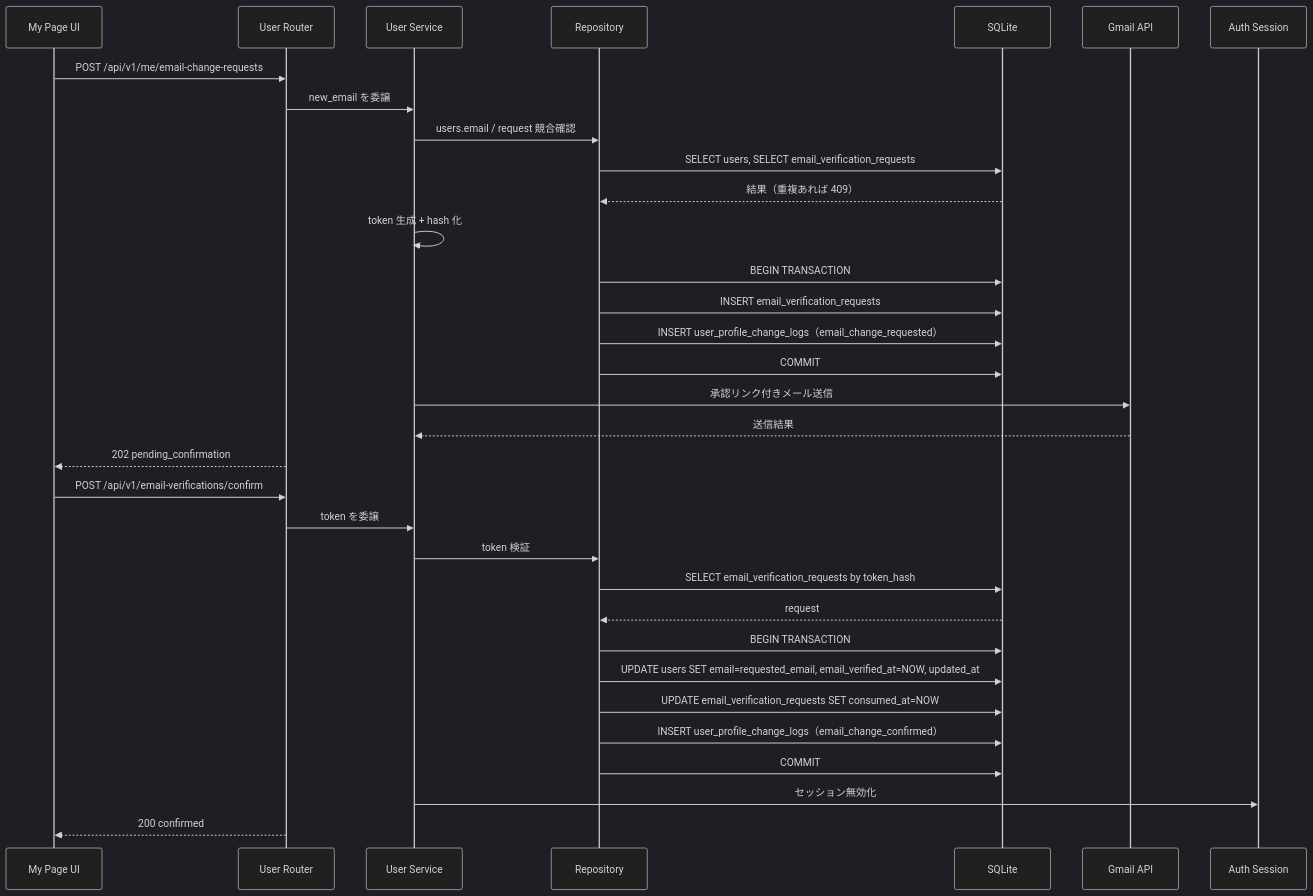
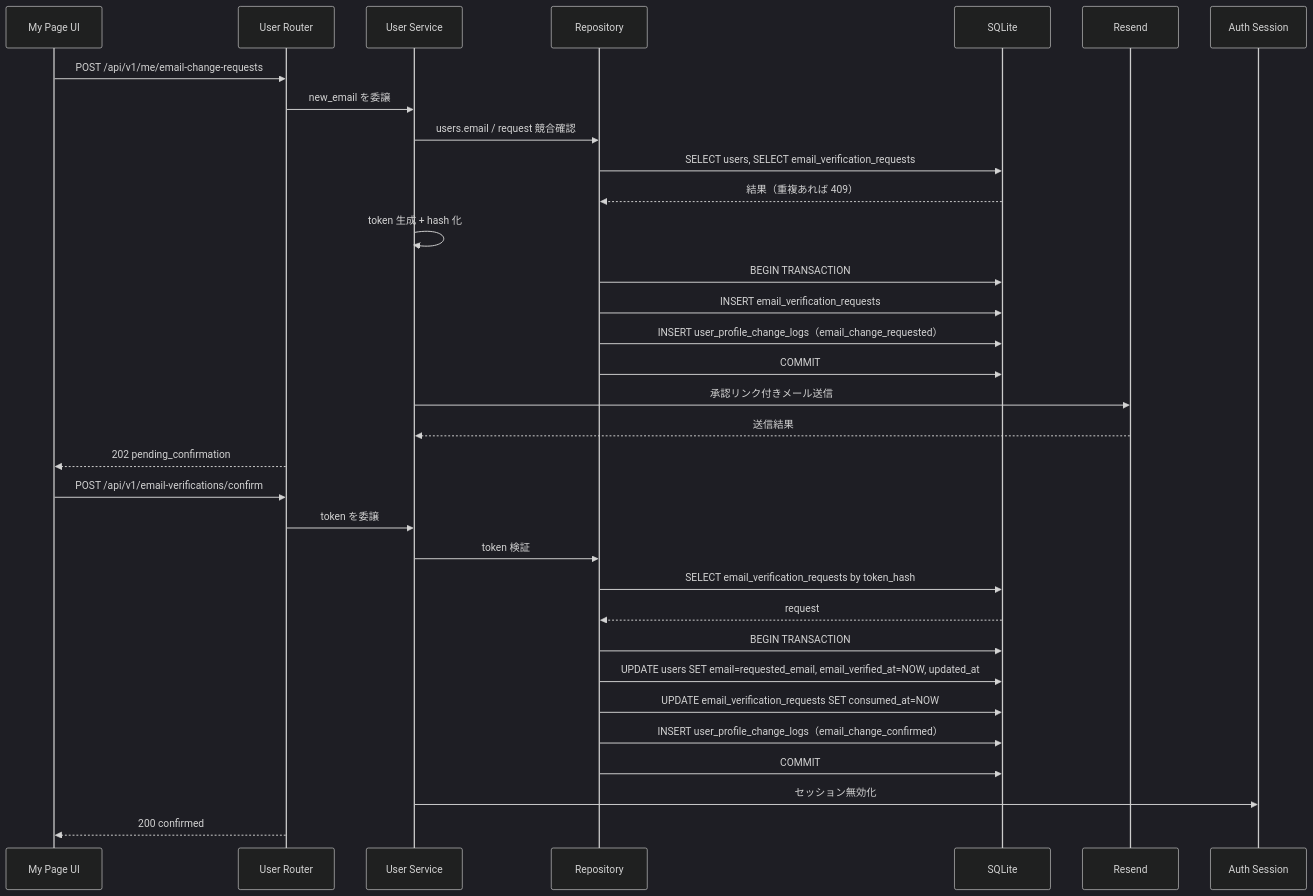
One commit to tukumanalab/kint changed the third of 5 diagrams in docs/database-design.md. Above: the diagram before and after it, drawn with Mermaid (dark theme). The commit also changed other lines of this file and 23 other files, not shown here.

First line of the commit message:
feat: メール送信を Gmail API から Resend に切り替え

````diff
--- a/docs/database-design.md
+++ b/docs/database-design.md
@@ -505,37 +505,37 @@
 ```mermaid
 sequenceDiagram
   participant UI as My Page UI
   participant Rt as User Router
   participant Sv as User Service
   participant Rp as Repository
   participant Db as SQLite
-  participant Gm as Gmail API
+  participant Gm as Resend
   participant Au as Auth Session
 
   UI->>Rt: POST /api/v1/me/email-change-requests
   Rt->>Sv: new_email を委譲
   Sv->>Rp: users.email / request 競合確認
   Rp->>Db: SELECT users, SELECT email_verification_requests
   Db-->>Rp: 結果（重複あれば 409）
   Sv->>Sv: token 生成 + hash 化
   Rp->>Db: BEGIN TRANSACTION
   Rp->>Db: INSERT email_verification_requests
   Rp->>Db: INSERT user_profile_change_logs（email_change_requested）
   Rp->>Db: COMMIT
   Sv->>Gm: 承認リンク付きメール送信
   Gm-->>Sv: 送信結果
   Rt-->>UI: 202 pending_confirmation
 
   UI->>Rt: POST /api/v1/email-verifications/confirm
   Rt->>Sv: token を委譲
   Sv->>Rp: token 検証
   Rp->>Db: SELECT email_verification_requests by token_hash
   Db-->>Rp: request
   Rp->>Db: BEGIN TRANSACTION
   Rp->>Db: UPDATE users SET email=requested_email, email_verified_at=NOW, updated_at
   Rp->>Db: UPDATE email_verification_requests SET consumed_at=NOW
   Rp->>Db: INSERT user_profile_change_logs（email_change_confirmed）
   Rp->>Db: COMMIT
   Sv->>Au: セッション無効化
   Rt-->>UI: 200 confirmed
 ```
````
